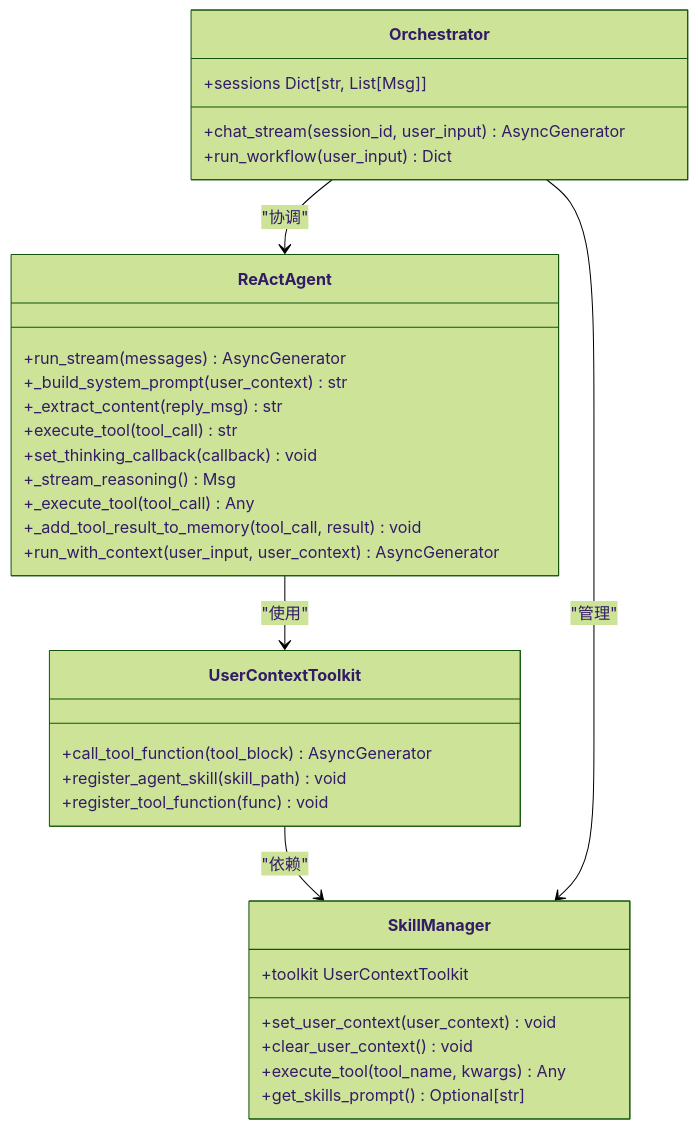
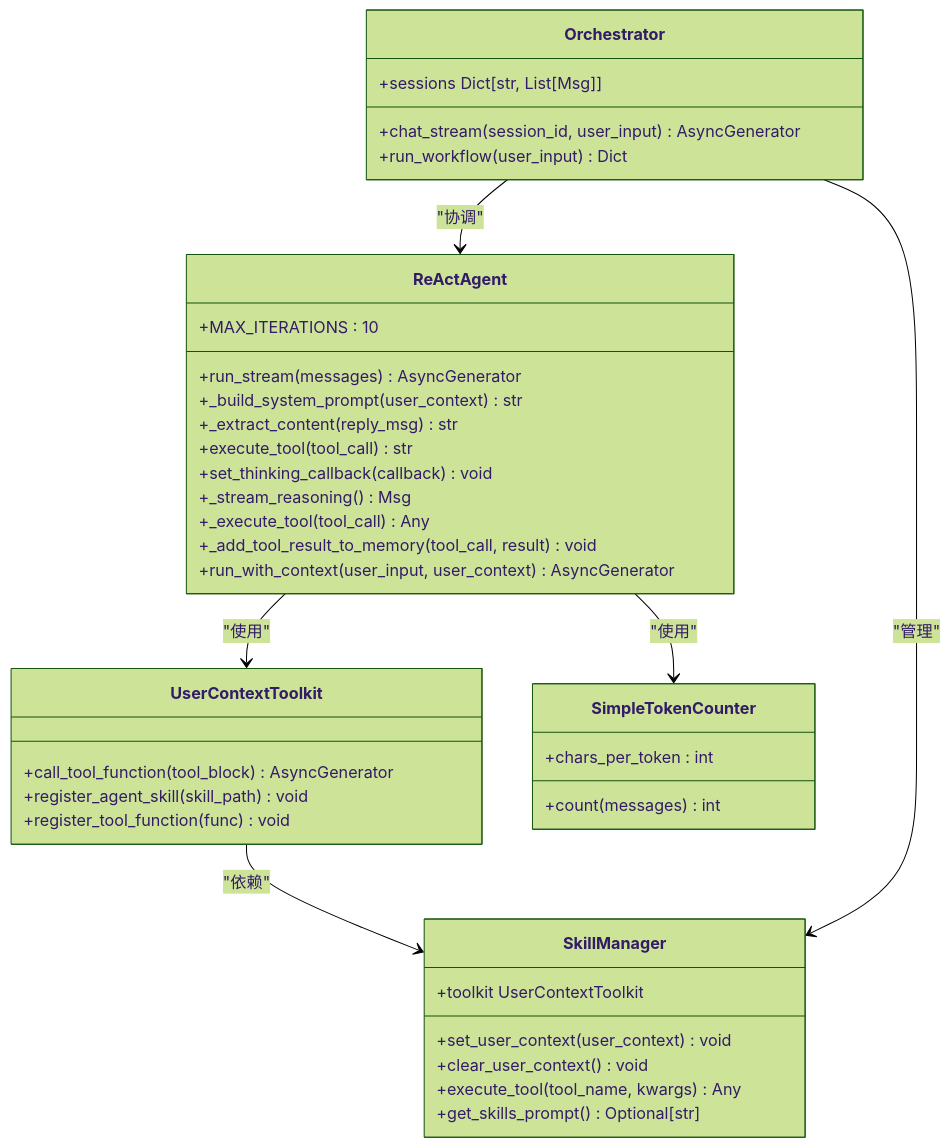
One commit to zhangdahai112/LocalManus changed the second of 14 diagrams in .qoder/repowiki/zh/content/智能体系统/ReAct 智能体/ReAct智能体流式增强.md. Above: the diagram before and after it, drawn with Mermaid (forest theme). The commit also changed other lines of this file and 4 other files, not shown here.

````diff
--- a/.qoder/repowiki/zh/content/智能体系统/ReAct 智能体/ReAct智能体流式增强.md
+++ b/.qoder/repowiki/zh/content/智能体系统/ReAct 智能体/ReAct智能体流式增强.md
@@ -103,35 +102,41 @@
 ```mermaid
 classDiagram
 class ReActAgent {
 +run_stream(messages) AsyncGenerator
 +_build_system_prompt(user_context) str
 +_extract_content(reply_msg) str
 +execute_tool(tool_call) str
 +set_thinking_callback(callback) void
 +_stream_reasoning() Msg
 +_execute_tool(tool_call) Any
 +_add_tool_result_to_memory(tool_call, result) void
 +run_with_context(user_input, user_context) AsyncGenerator
++MAX_ITERATIONS : 10
 }
 class UserContextToolkit {
 +call_tool_function(tool_block) AsyncGenerator
 +register_agent_skill(skill_path) void
 +register_tool_function(func) void
 }
 class SkillManager {
 +toolkit UserContextToolkit
 +set_user_context(user_context) void
 +clear_user_context() void
 +execute_tool(tool_name, kwargs) Any
 +get_skills_prompt() Optional[str]
 }
 class Orchestrator {
 +sessions Dict[str, List[Msg]]
 +chat_stream(session_id, user_input) AsyncGenerator
 +run_workflow(user_input) Dict
 }
+class SimpleTokenCounter {
++chars_per_token : int
++count(messages) int
+}
 ReActAgent --> UserContextToolkit : "使用"
 UserContextToolkit --> SkillManager : "依赖"
 Orchestrator --> ReActAgent : "协调"
 Orchestrator --> SkillManager : "管理"
+ReActAgent --> SimpleTokenCounter : "使用"
 ```
````
